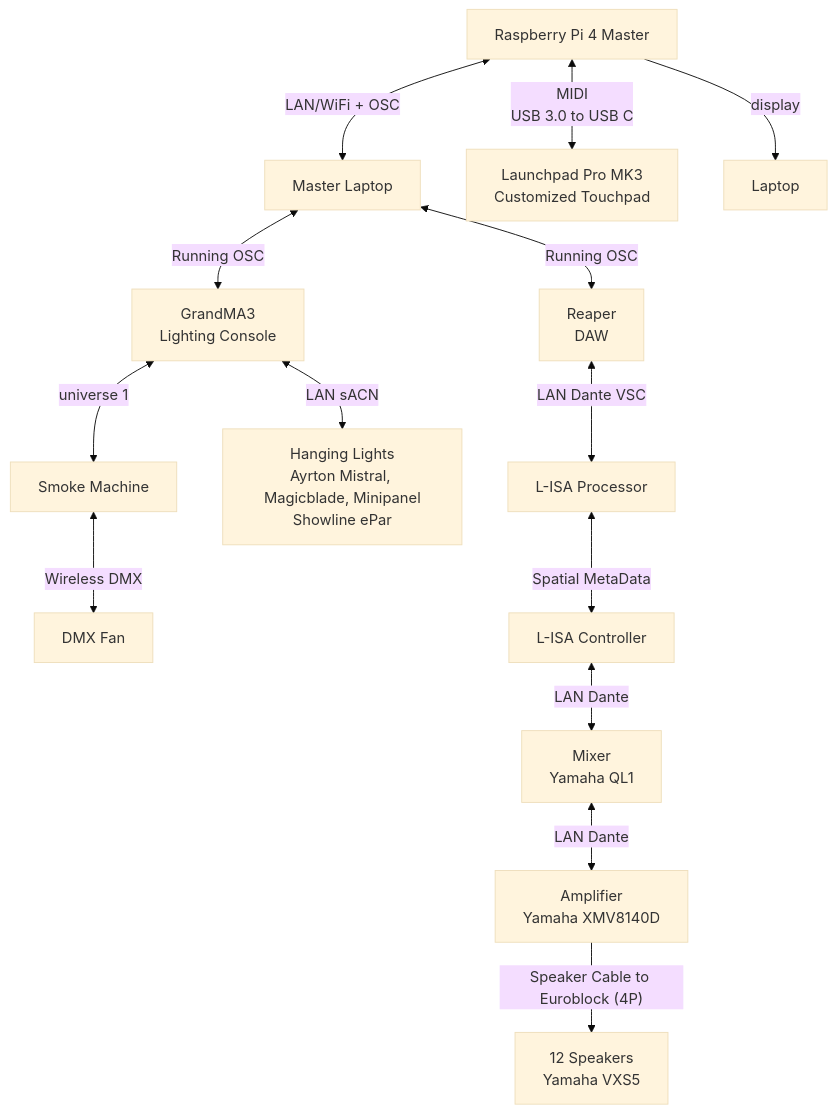
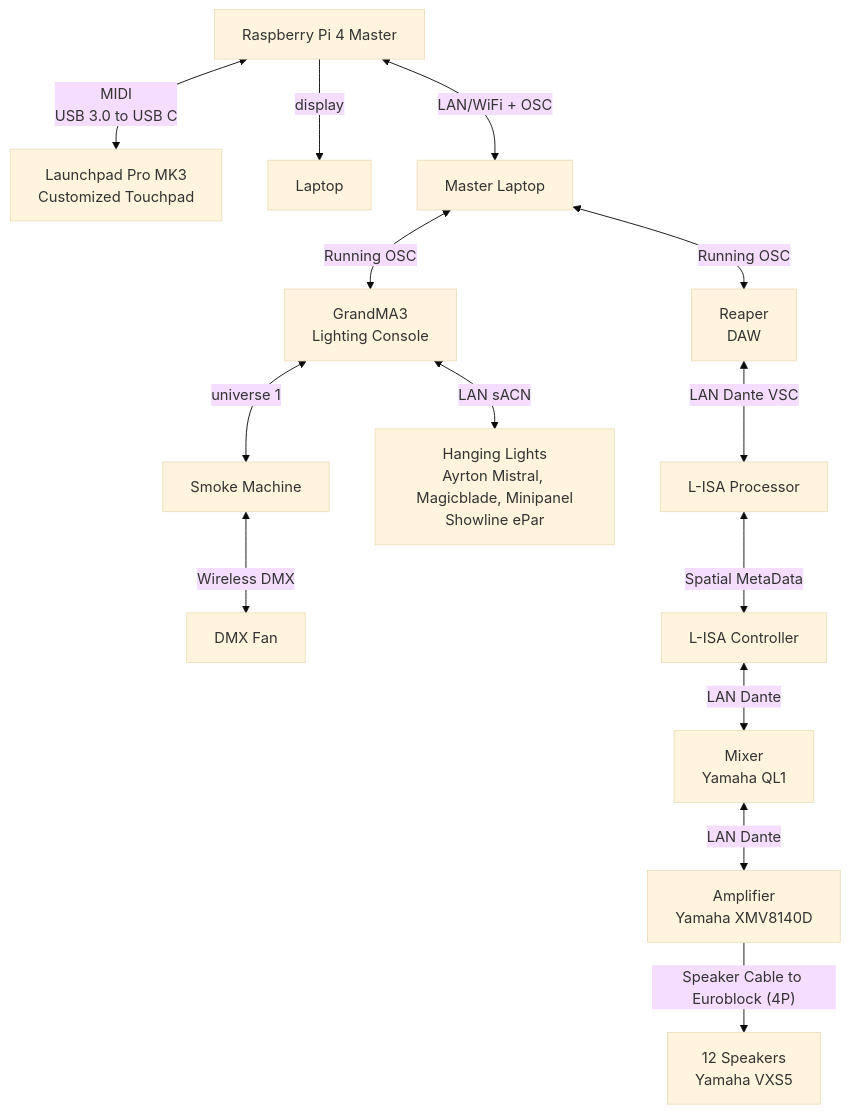
One commit to uselesskcid/EGL314-Project-S.O.N.I.C-Team-C- changed the diagram in Documentation/SystemDiagram.md. Above: the diagram before and after it, drawn with Mermaid (base theme). The commit also changed other lines of this file, not shown here.

````diff
--- a/Documentation/SystemDiagram.md
+++ b/Documentation/SystemDiagram.md
@@ -2,20 +2,20 @@
 ```mermaid
 graph TD
-A[Raspberry Pi 4 Master] <--LAN/WiFi + OSC --> B[Master Laptop]
 A <--MIDI<br>USB 3.0 to USB C--> K[Launchpad Pro MK3<br>Customized Touchpad] 
 A --display--> O[Laptop]
+A[Raspberry Pi 4 Master] <--LAN/WiFi + OSC --> B[Master Laptop]
 
 B <--Running OSC--> C[Reaper DAW]
 B <--Running OSC--> D[GrandMA3<br>Lighting Console]
 
 C[Reaper<br>DAW] <--LAN Dante VSC --> F[L-ISA Processor]
 
 D <--LAN sACN--> E[Hanging Lights<br>Ayrton Mistral, Magicblade, Minipanel<br>Showline ePar]
 D <--universe 1--> M[Smoke Machine]
 M <--Wireless DMX--> N[DMX Fan]
 
 F <--Spatial MetaData--> G[L-ISA Controller]
 G <--LAN Dante--> H[Mixer<br>Yamaha QL1]
 H <--LAN Dante--> I[Amplifier<br>Yamaha XMV8140D]
 I --Speaker Cable to Euroblock (4P)--> J[12 Speakers<br>Yamaha VXS5]
 ```
````
